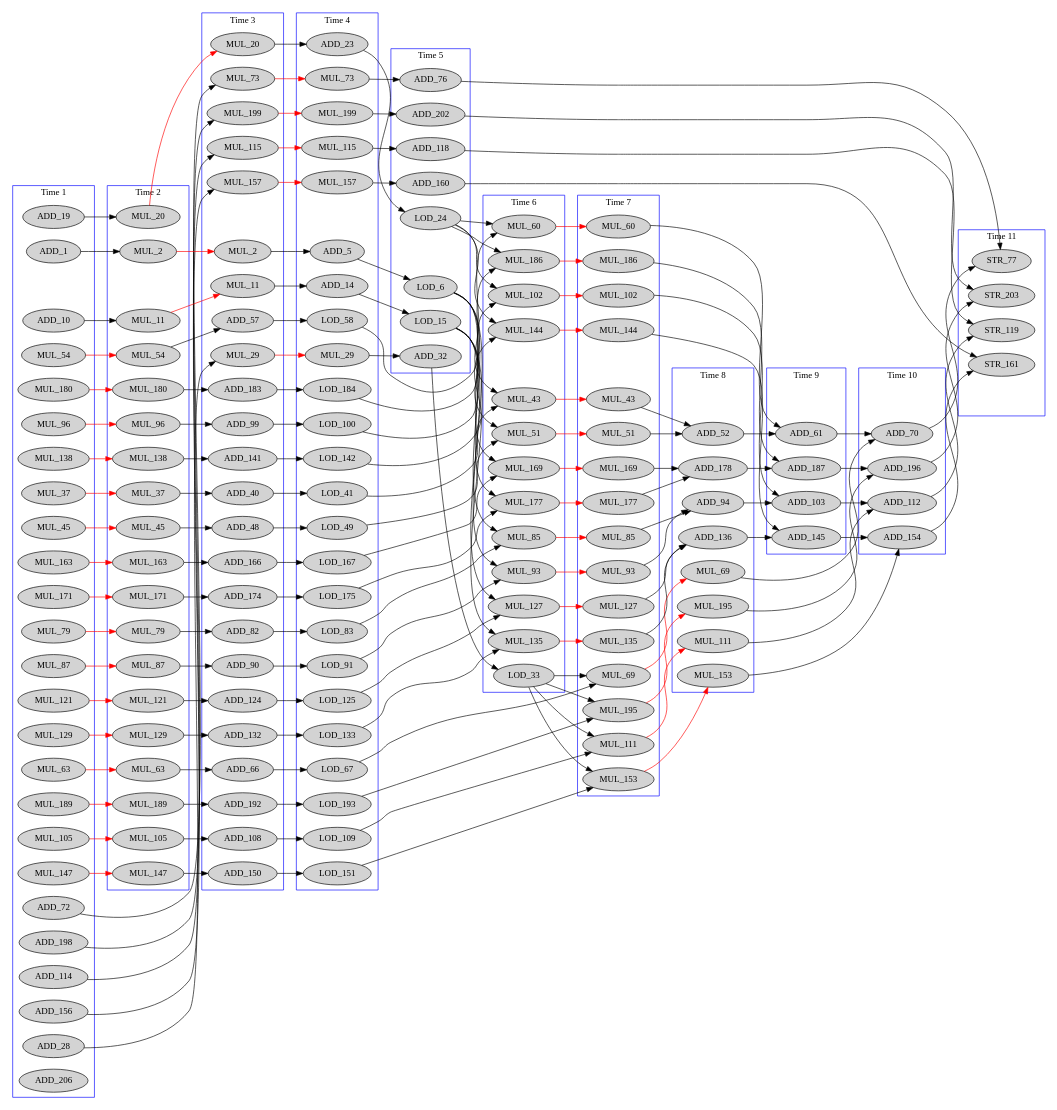
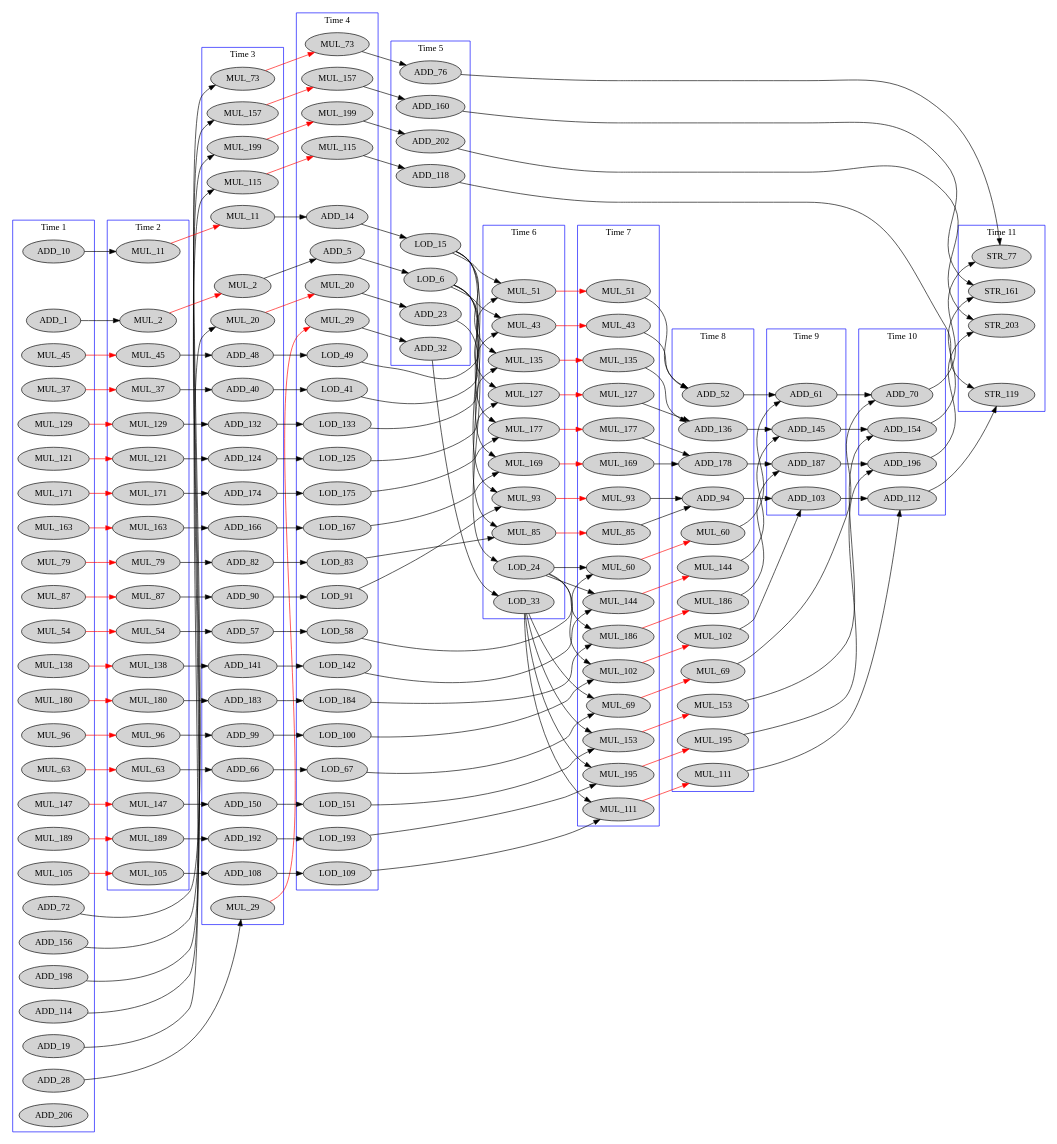
Before and after one commit to thegabriele97/TCL-Learning: the diagram in contest/WORK_ShyHLS/data/out/contest_matmul_dfg__3.dot, drawn with Graphviz. The commit also changed other lines of this file and 8 other files, not shown here.

```diff
--- a/contest/WORK_ShyHLS/data/out/contest_matmul_dfg__3.dot
+++ b/contest/WORK_ShyHLS/data/out/contest_matmul_dfg__3.dot
@@ -41,7 +41,6 @@
     pseudo_2 [style=invis];
     MUL_2_0 [label=MUL_2]
     MUL_11_0 [label=MUL_11]
-    MUL_20_0 [label=MUL_20]
     MUL_37_1 [label=MUL_37]
     MUL_45_1 [label=MUL_45]
     MUL_54_1 [label=MUL_54]
@@ -67,7 +66,7 @@
     pseudo_3 [style=invis];
     MUL_2_1 [label=MUL_2]
     MUL_11_1 [label=MUL_11]
-    MUL_20_1 [label=MUL_20]
+    MUL_20_0 [label=MUL_20]
     MUL_29_0 [label=MUL_29]
     ADD_40
     ADD_48
@@ -98,7 +97,7 @@
     pseudo_4 [style=invis];
     ADD_5
     ADD_14
-    ADD_23
+    MUL_20_1 [label=MUL_20]
     MUL_29_1 [label=MUL_29]
     LOD_41
     LOD_49
@@ -129,7 +128,7 @@
     pseudo_5 [style=invis];
     LOD_6
     LOD_15
-    LOD_24
+    ADD_23
     ADD_32
     ADD_76
     ADD_118
@@ -142,19 +141,16 @@
     label = "Time 6";
     color = blue;
     pseudo_6 [style=invis];
+    LOD_24
     LOD_33
     MUL_43_0 [label=MUL_43]
     MUL_51_0 [label=MUL_51]
-    MUL_60_0 [label=MUL_60]
     MUL_85_0 [label=MUL_85]
     MUL_93_0 [label=MUL_93]
-    MUL_102_0 [label=MUL_102]
     MUL_127_0 [label=MUL_127]
     MUL_135_0 [label=MUL_135]
-    MUL_144_0 [label=MUL_144]
     MUL_169_0 [label=MUL_169]
     MUL_177_0 [label=MUL_177]
-    MUL_186_0 [label=MUL_186]
   }
   subgraph cluster_7 {
     rank=same;
@@ -164,19 +160,19 @@
     pseudo_7 [style=invis];
     MUL_43_1 [label=MUL_43]
     MUL_51_1 [label=MUL_51]
-    MUL_60_1 [label=MUL_60]
+    MUL_60_0 [label=MUL_60]
     MUL_69_0 [label=MUL_69]
     MUL_85_1 [label=MUL_85]
     MUL_93_1 [label=MUL_93]
-    MUL_102_1 [label=MUL_102]
+    MUL_102_0 [label=MUL_102]
     MUL_111_0 [label=MUL_111]
     MUL_127_1 [label=MUL_127]
     MUL_135_1 [label=MUL_135]
-    MUL_144_1 [label=MUL_144]
+    MUL_144_0 [label=MUL_144]
     MUL_153_0 [label=MUL_153]
     MUL_169_1 [label=MUL_169]
     MUL_177_1 [label=MUL_177]
-    MUL_186_1 [label=MUL_186]
+    MUL_186_0 [label=MUL_186]
     MUL_195_0 [label=MUL_195]
   }
   subgraph cluster_8 {
@@ -186,12 +182,16 @@
     color = blue;
     pseudo_8 [style=invis];
     ADD_52
+    MUL_60_1 [label=MUL_60]
     MUL_69_1 [label=MUL_69]
     ADD_94
+    MUL_102_1 [label=MUL_102]
     MUL_111_1 [label=MUL_111]
     ADD_136
+    MUL_144_1 [label=MUL_144]
     MUL_153_1 [label=MUL_153]
     ADD_178
+    MUL_186_1 [label=MUL_186]
     MUL_195_1 [label=MUL_195]
   }
   subgraph cluster_9 {
```
